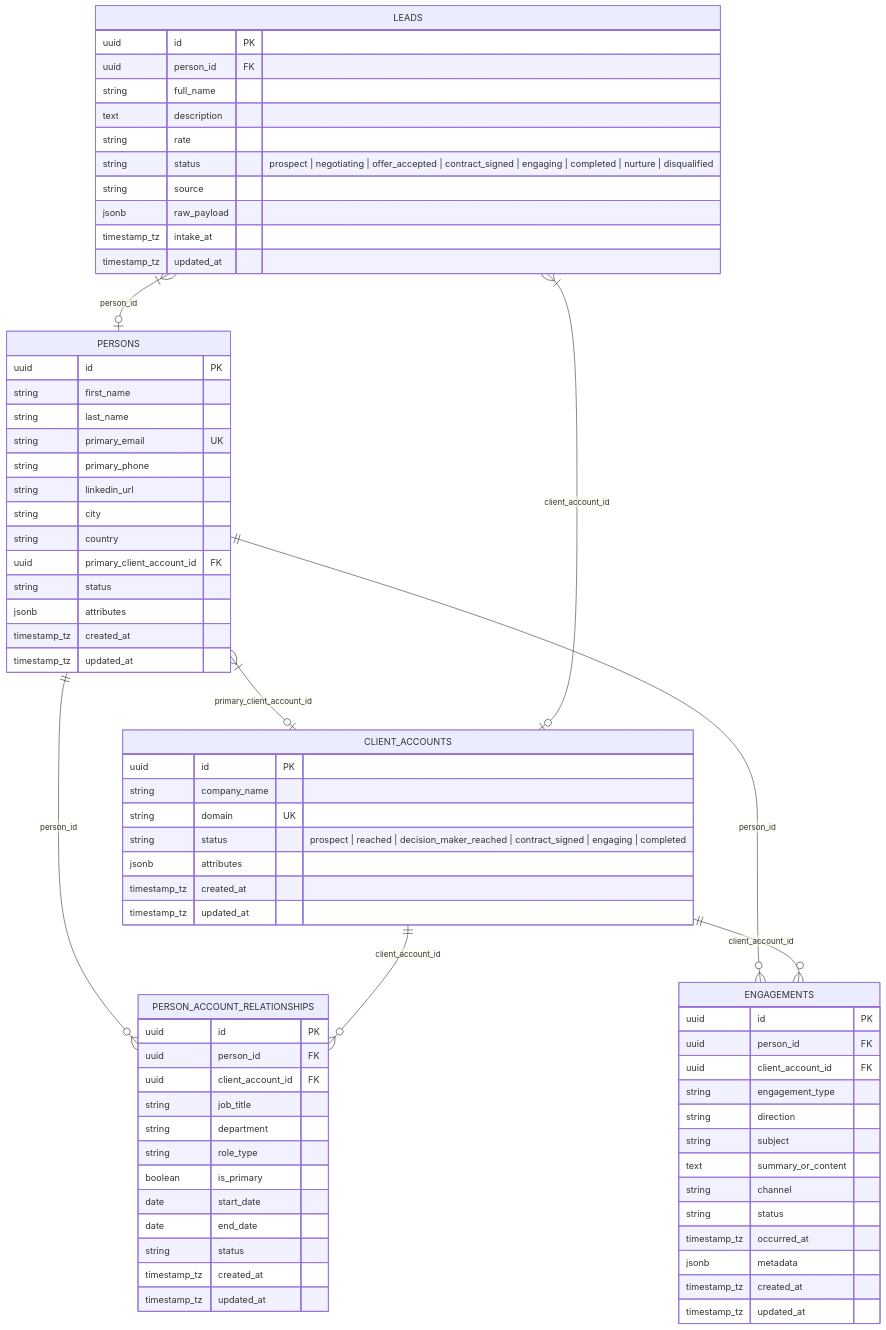
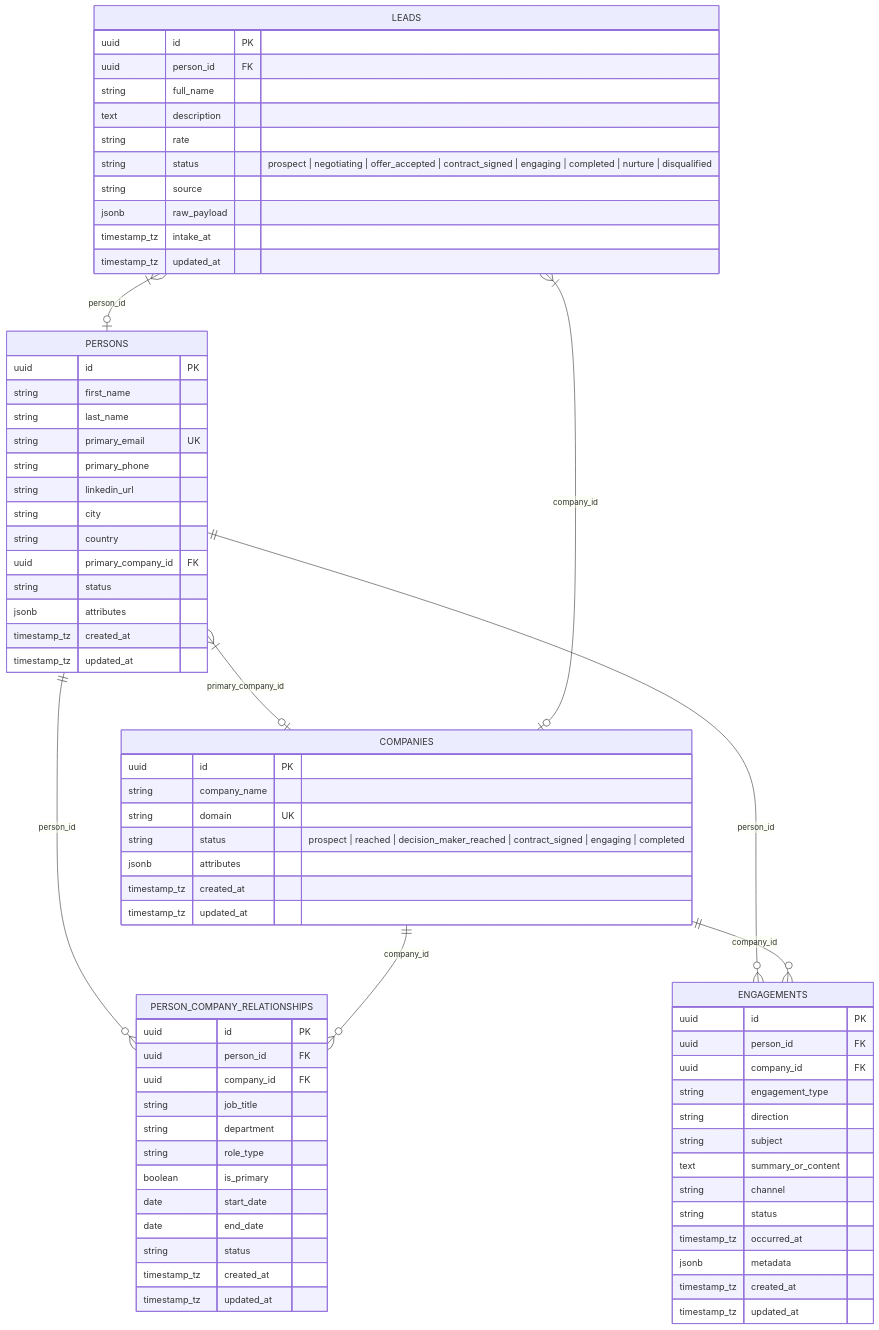
Before and after one commit to Data-Biz-AI-Consultancy/Jager: the diagram in src/db/README.md, drawn with Mermaid. The commit also changed other lines of this file and 12 other files, not shown here.

First line of the commit message:
refactor: rename client_accounts table and associated references to companies throughout the database schema and documentation (#290)

````diff
--- a/src/db/README.md
+++ b/src/db/README.md
@@ -11,80 +11,80 @@
 ```mermaid
 erDiagram
-    CLIENT_ACCOUNTS {
+    COMPANIES {
         uuid id PK
         string company_name
         string domain UK
         string status "prospect | reached | decision_maker_reached | contract_signed | engaging | completed"
         jsonb attributes
         timestamp_tz created_at
         timestamp_tz updated_at
     }
 
     PERSONS {
         uuid id PK
         string first_name
         string last_name
         string primary_email UK
         string primary_phone
         string linkedin_url
         string city
         string country
-        uuid primary_client_account_id FK
+        uuid primary_company_id FK
         string status
         jsonb attributes
         timestamp_tz created_at
         timestamp_tz updated_at
     }
 
     LEADS {
         uuid id PK
         uuid person_id FK
         string full_name
         text description
         string rate
         string status "prospect | negotiating | offer_accepted | contract_signed | engaging | completed | nurture | disqualified"
         string source
         jsonb raw_payload
         timestamp_tz intake_at
         timestamp_tz updated_at
     }
 
-    PERSON_ACCOUNT_RELATIONSHIPS {
+    PERSON_COMPANY_RELATIONSHIPS {
         uuid id PK
         uuid person_id FK
-        uuid client_account_id FK
+        uuid company_id FK
         string job_title
         string department
         string role_type
         boolean is_primary
         date start_date
         date end_date
         string status
         timestamp_tz created_at
         timestamp_tz updated_at
     }
 
     ENGAGEMENTS {
         uuid id PK
         uuid person_id FK
-        uuid client_account_id FK
+        uuid company_id FK
         string engagement_type
         string direction
         string subject
         text summary_or_content
         string channel
         string status
         timestamp_tz occurred_at
         jsonb metadata
         timestamp_tz created_at
         timestamp_tz updated_at
     }
 
-    PERSONS }|--o| CLIENT_ACCOUNTS : "primary_client_account_id"
+    PERSONS }|--o| COMPANIES : "primary_company_id"
     LEADS }|--o| PERSONS : "person_id"
-    LEADS }|--o| CLIENT_ACCOUNTS : "client_account_id"
-    PERSONS ||--o{ PERSON_ACCOUNT_RELATIONSHIPS : "person_id"
-    CLIENT_ACCOUNTS ||--o{ PERSON_ACCOUNT_RELATIONSHIPS : "client_account_id"
+    LEADS }|--o| COMPANIES : "company_id"
+    PERSONS ||--o{ PERSON_COMPANY_RELATIONSHIPS : "person_id"
+    COMPANIES ||--o{ PERSON_COMPANY_RELATIONSHIPS : "company_id"
     PERSONS ||--o{ ENGAGEMENTS : "person_id"
-    CLIENT_ACCOUNTS ||--o{ ENGAGEMENTS : "client_account_id"
+    COMPANIES ||--o{ ENGAGEMENTS : "company_id"
 ```
````
